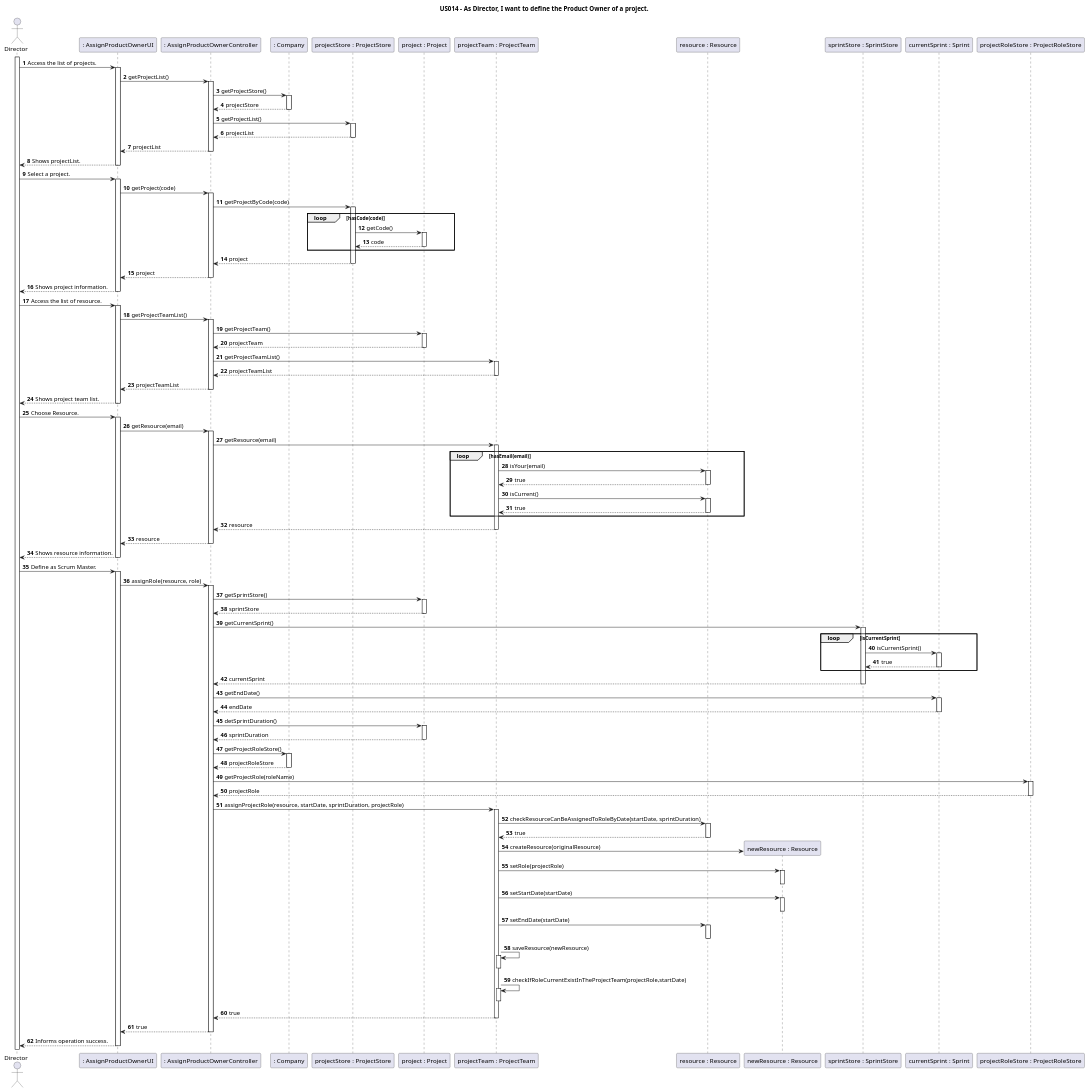
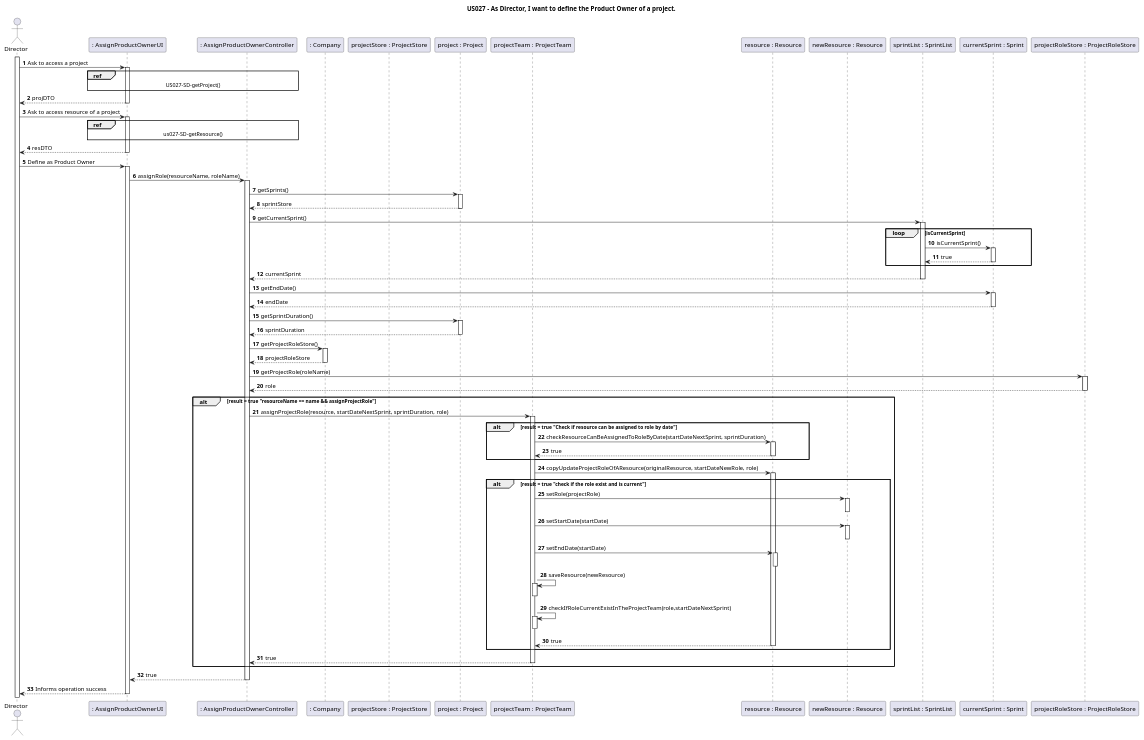
One commit to nunogon1211787/projectManagement changed the diagram in docs/Sprint3/US027/US027-SD.puml. Above: the diagram before and after it, drawn with PlantUML. The commit also changed 18 other files, not shown here.

```diff
--- a/docs/Sprint3/US027/US027-SD.puml
+++ b/docs/Sprint3/US027/US027-SD.puml
@@ -1,101 +1,75 @@
 @startuml
 
-title "US014 - As Director, I want to define the Product Owner of a project."
+title "US027 - As Director, I want to define the Product Owner of a project."
 
 autoactivate on
 autonumber
 
-actor "Director" as User
-participant ": AssignProductOwnerUI" as System
-participant ": AssignProductOwnerController" as Ctrl
+actor "Director" as Director
+participant ": AssignProductOwnerUI" as UI
+participant ": AssignProductOwnerController" as Controller
 participant ": Company" as C1
 participant "projectStore : ProjectStore" as C2
 participant "project : Project" as C3
 participant "projectTeam : ProjectTeam" as C4
 participant "resource : Resource" as C5
 participant "newResource : Resource" as C6
-participant "sprintStore : SprintStore" as C7
+participant "sprintList : SprintList" as C7
 participant "currentSprint : Sprint" as C8
 participant "projectRoleStore : ProjectRoleStore" as C9
 
-activate User
+activate Director
 
-User -> System: Access the list of projects.
-System -> Ctrl: getProjectList()
-Ctrl -> C1: getProjectStore()
-return projectStore
-Ctrl -> C2: getProjectList()
-return projectList
-return projectList
-return Shows projectList.
+Director -> UI: Ask to access a project
+    ref over UI, Controller : US027-SD-getProject()
+UI --> Director: projDTO
 
-User -> System: Select a project.
-System -> Ctrl: getProject(code)
-Ctrl -> C2: getProjectByCode(code)
-    loop hasCode(code)
-        C2 -> C3: getCode()
-        return code
-    end
-return project
-return project
-return Shows project information.
+Director -> UI: Ask to access resource of a project
+    ref over UI, Controller : us027-SD-getResource()
+return resDTO
 
-User -> System: Access the list of resource.
-System -> Ctrl: getProjectTeamList()
-Ctrl -> C3: getProjectTeam()
-return projectTeam
-Ctrl -> C4: getProjectTeamList()
-return projectTeamList
-return projectTeamList
-return Shows project team list.
-
-User -> System: Choose Resource.
-System -> Ctrl: getResource(email)
-Ctrl -> C4: getResource(email)
-    loop hasEmail(email)
-        C4 -> C5: isYour(email)
-        return true
-        C4 -> C5: isCurrent()
-        return true
-    end
-return resource
-return resource
-return Shows resource information.
-
-User -> System: Define as Scrum Master.
-System -> Ctrl: assignRole(resource, role)
-Ctrl -> C3: getSprintStore()
+Director -> UI: Define as Product Owner
+UI -> Controller: assignRole(resourceName, roleName)
+Controller -> C3: getSprints()
 return sprintStore
-Ctrl -> C7: getCurrentSprint()
+Controller -> C7: getCurrentSprint()
     loop isCurrentSprint
         C7 -> C8: isCurrentSprint()
         return true
     end
 return currentSprint
-Ctrl -> C8: getEndDate()
+Controller -> C8: getEndDate()
 return endDate
-Ctrl -> C3: detSprintDuration()
+Controller -> C3: getSprintDuration()
 return sprintDuration
-Ctrl -> C1: getProjectRoleStore()
+Controller -> C1: getProjectRoleStore()
 return projectRoleStore
-Ctrl -> C9: getProjectRole(roleName)
-return projectRole
-Ctrl -> C4: assignProjectRole(resource, startDate, sprintDuration, projectRole)
-C4 -> C5: checkResourceCanBeAssignedToRoleByDate(startDate, sprintDuration)
+Controller -> C9: getProjectRole(roleName)
+return role
+    alt result = true "resourceName == name && assignProjectRole"
+        Controller -> C4: assignProjectRole(resource, startDateNextSprint, sprintDuration, role)
+    alt result = true "Check if resource can be assigned to role by date"
+    C4 -> C5: checkResourceCanBeAssignedToRoleByDate(startDateNextSprint, sprintDuration)
+    return true
+    end
+    C4 -> C5: copyUpdateProjectRoleOfAResource(originalResource, startDateNewRole, role)
+    alt result = true "check if the role exist and is current"
+
+    C4 -> C6: setRole(projectRole)
+    deactivate
+    C4 -> C6: setStartDate(startDate)
+    deactivate
+    C4 -> C5: setEndDate(startDate)
+    deactivate
+        C4 -> C4: saveResource(newResource)
+        deactivate
+        C4 -> C4: checkIfRoleCurrentExistInTheProjectTeam(role,startDateNextSprint)
+        deactivate
+    return true
+    end
 return true
-C4 -> C6 **: createResource(originalResource)
-C4 -> C6: setRole(projectRole)
-deactivate
-C4 -> C6: setStartDate(startDate)
-deactivate
-C4 -> C5: setEndDate(startDate)
-deactivate
-    C4 -> C4: saveResource(newResource)
-    deactivate
-    C4 -> C4: checkIfRoleCurrentExistInTheProjectTeam(projectRole,startDate)
-    deactivate
+end
 return true
-return true
-return Informs operation success.
+return Informs operation success
 
 @enduml
```
